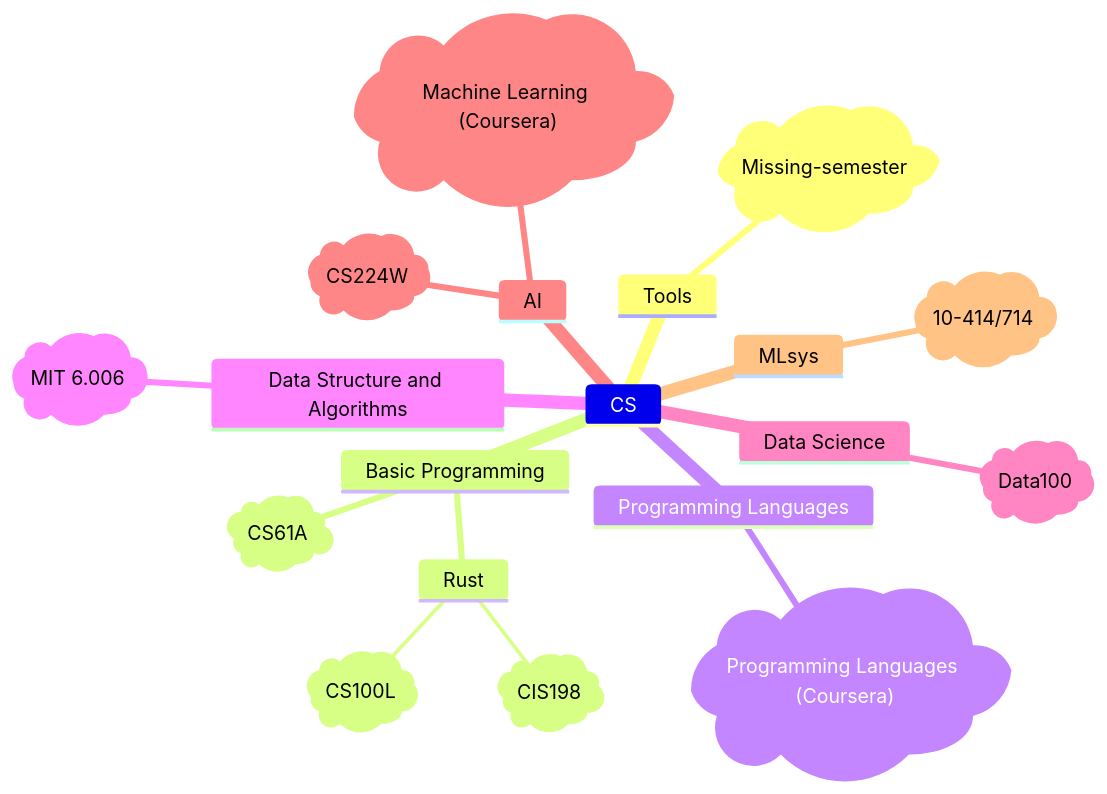
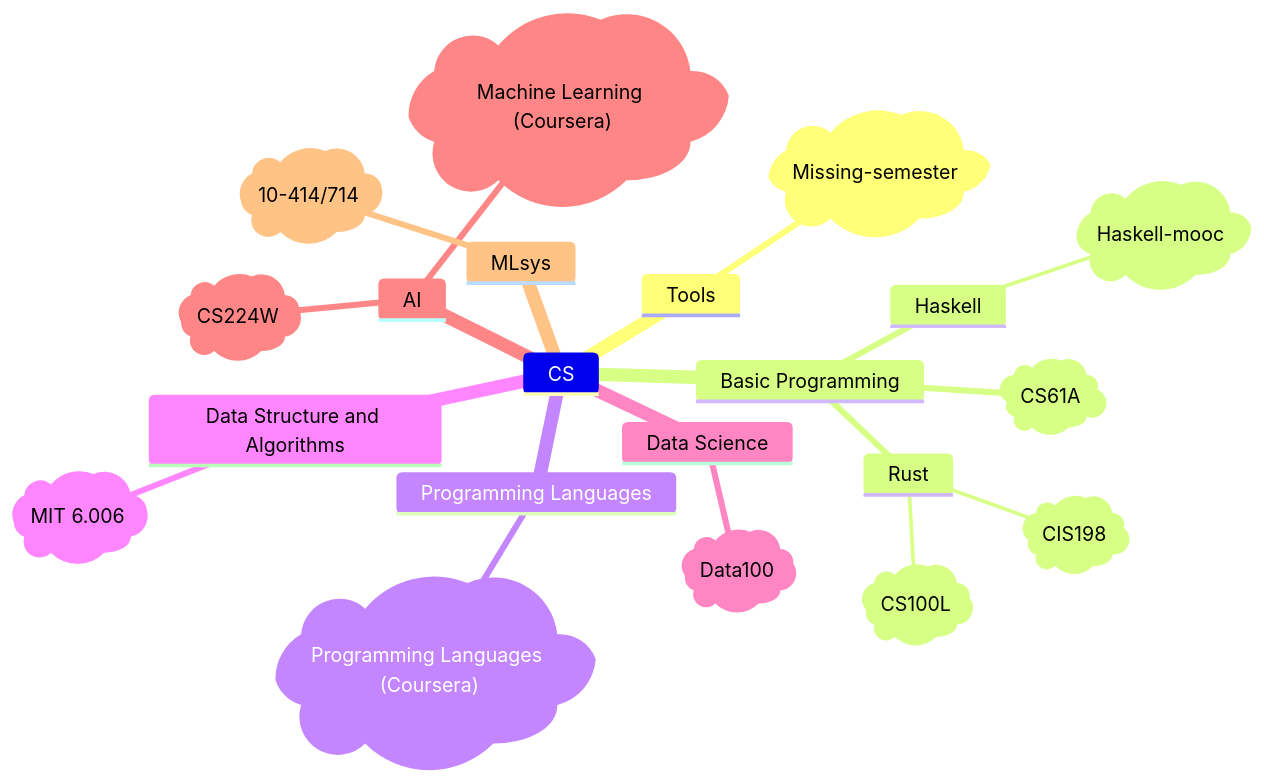
Before and after one commit to MartinLwx/cs-courses: the diagram in README.md, drawn with Mermaid. The commit also changed other lines of this file and 1 other file, not shown here.

Commit message:
🚀 Finish Haskell Mooc

````diff
--- a/README.md
+++ b/README.md
@@ -98,22 +102,24 @@
 ```mermaid 
 mindmap
 CS
   Tools
     MS)Missing-semester(
   Basic Programming
     CS61A)"`CS61A`"(
     Rust
       CS100L)"`CS100L`"(
       CIS198)"`CIS198`"(
+    Haskell
+      Hmooc)"`Haskell-mooc`"(
   Programming Languages
     pl)"`Programming Languages (Coursera)`"(
   Data Structure and Algorithms
     6.006)"`MIT 6.006`"(
   Data Science
     Data100)"`Data100`"(
   AI
     ng)"`Machine Learning (Coursera)`"(
     CS224W)"`CS224W`"(
   MLsys
     10414)"`10-414/714`"(
 ```
````
